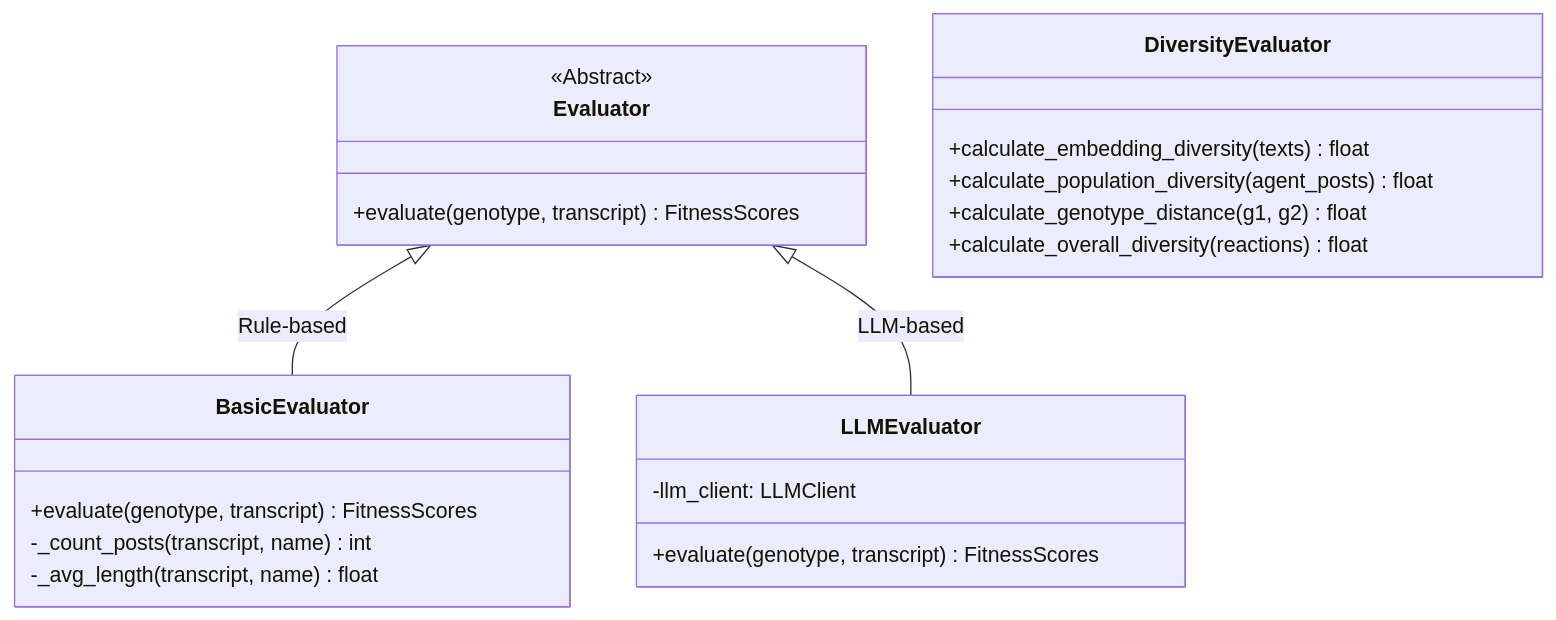
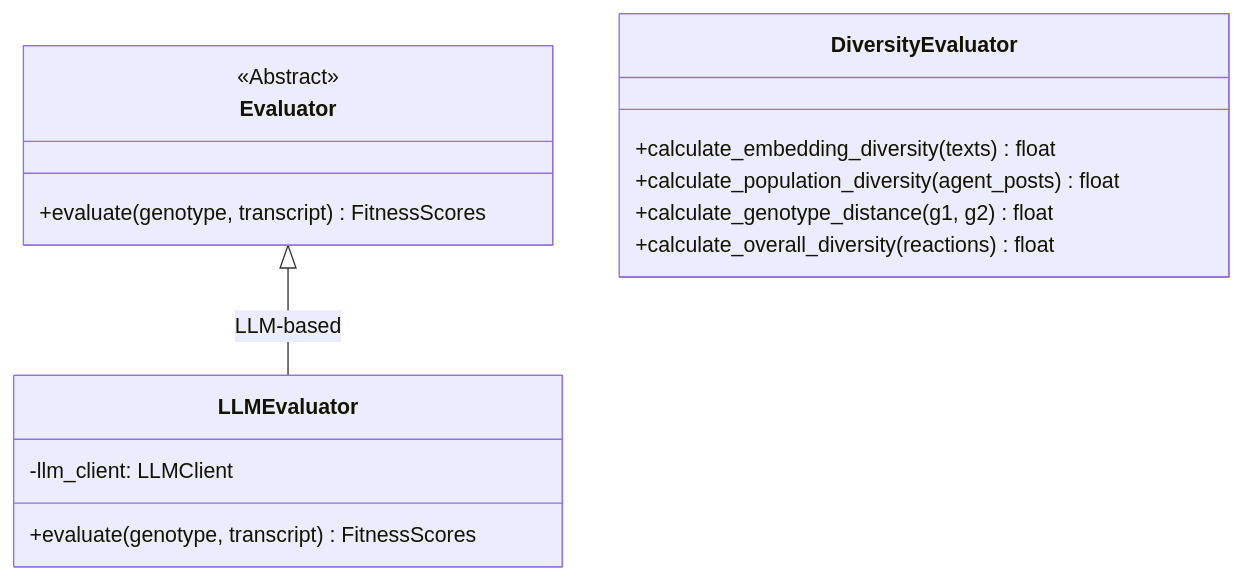
The diagram in evaluation/README.md (Keyhole-Koro/snackPersona), drawn with Mermaid before and after one commit. The commit also changed other lines of this file and 23 other files, not shown here.

````diff
--- a/evaluation/README.md
+++ b/evaluation/README.md
@@ -19,25 +18,19 @@
 ```mermaid
 classDiagram
     class Evaluator {
         <<Abstract>>
         +evaluate(genotype, transcript) FitnessScores
-    }
-    class BasicEvaluator {
-        +evaluate(genotype, transcript) FitnessScores
-        -_count_posts(transcript, name) int
-        -_avg_length(transcript, name) float
     }
     class LLMEvaluator {
         -llm_client: LLMClient
         +evaluate(genotype, transcript) FitnessScores
     }
     class DiversityEvaluator {
         +calculate_embedding_diversity(texts) float
         +calculate_population_diversity(agent_posts) float
         +calculate_genotype_distance(g1, g2) float
         +calculate_overall_diversity(reactions) float
     }
 
-    Evaluator <|-- BasicEvaluator : Rule-based
     Evaluator <|-- LLMEvaluator : LLM-based
 ```
````
